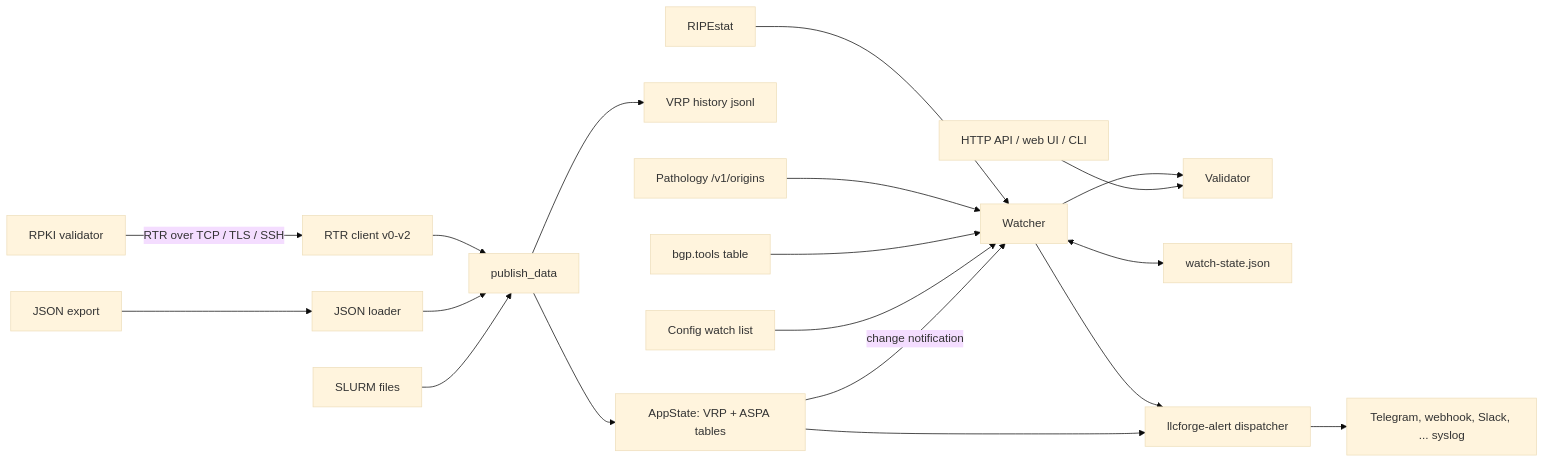
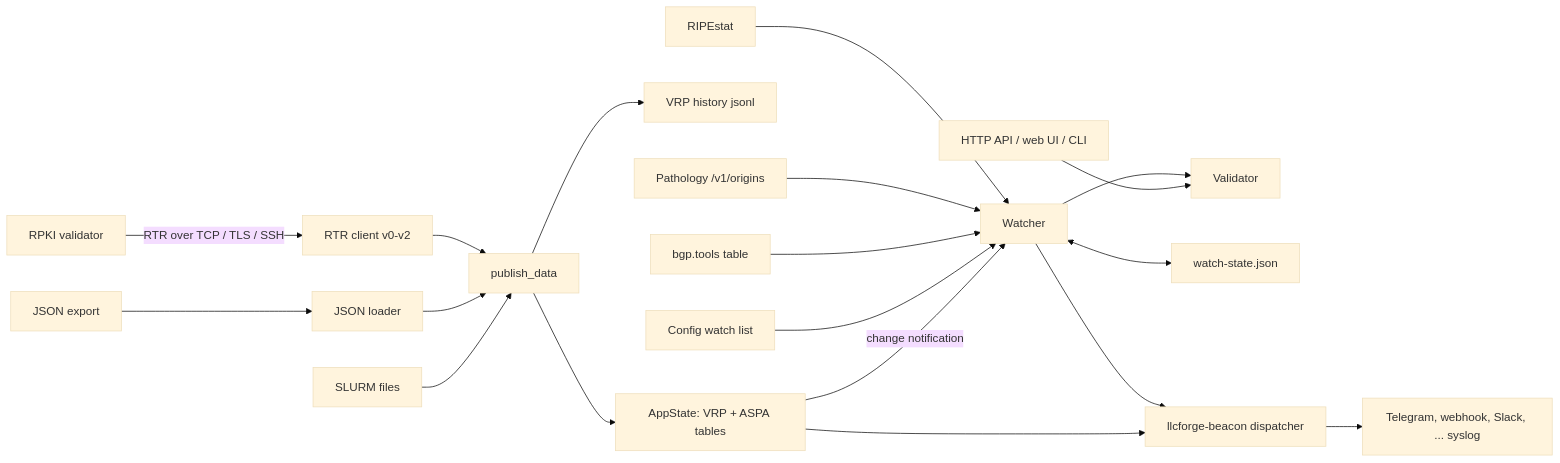
Before and after one commit to LLCForge/Notary: the diagram in ARCHITECTURE.md, drawn with Mermaid (base theme). The commit also changed other lines of this file and 50 other files, not shown here.

First line of the commit message:
refactor: rename shared kit to Beacon (llcforge-beacon)

````diff
--- a/ARCHITECTURE.md
+++ b/ARCHITECTURE.md
@@ -18,21 +18,21 @@
 ```mermaid
 flowchart LR
   V[RPKI validator] -- RTR over TCP / TLS / SSH --> R[RTR client v0-v2]
   J[JSON export] --> L[JSON loader]
   R --> P[publish_data]
   L --> P
   SL[SLURM files] --> P
   P --> S[AppState: VRP + ASPA tables]
   P --> H[VRP history jsonl]
   RS[RIPEstat] --> W[Watcher]
   PA[Pathology /v1/origins] --> W
   BT[bgp.tools table] --> W
   CFG[Config watch list] --> W
   S -- change notification --> W
   W --> VAL[Validator]
   W <--> WS[watch-state.json]
   Q[HTTP API / web UI / CLI] --> VAL
-  W --> D[llcforge-alert dispatcher]
+  W --> D[llcforge-beacon dispatcher]
   S --> D
   D --> SINKS[Telegram, webhook, Slack, ... syslog]
 ```
````
